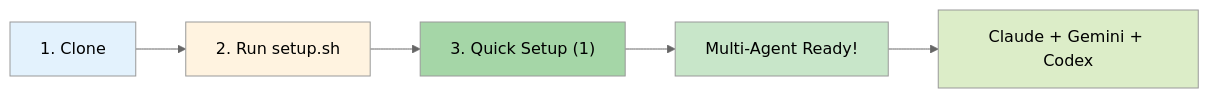
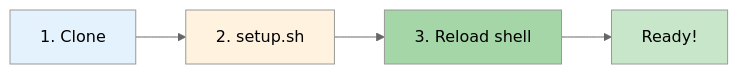
One commit to supercent-io/skills-template changed the second of 6 diagrams in README.md. Above: the diagram before and after it, drawn with Mermaid (neutral theme). The commit also changed other lines of this file and 1 other file, not shown here.

Commit message:
docs: Consolidate duplicate setup guides and add folder placement requirement

````diff
--- a/README.md
+++ b/README.md
@@ -135,13 +96,11 @@
 ```mermaid
 flowchart LR
-    A["1. Clone"] --> B["2. Run setup.sh"]
-    B --> C["3. Quick Setup (1)"]
-    C --> D["Multi-Agent Ready!"]
-    D --> E["Claude + Gemini + Codex"]
+    A["1. Clone"] --> B["2. setup.sh"]
+    B --> C["3. Reload shell"]
+    C --> D["Ready!"]
 
     style A fill:#e3f2fd
     style B fill:#fff3e0
     style C fill:#a5d6a7
     style D fill:#c8e6c9
-    style E fill:#dcedc8
 ```
````
